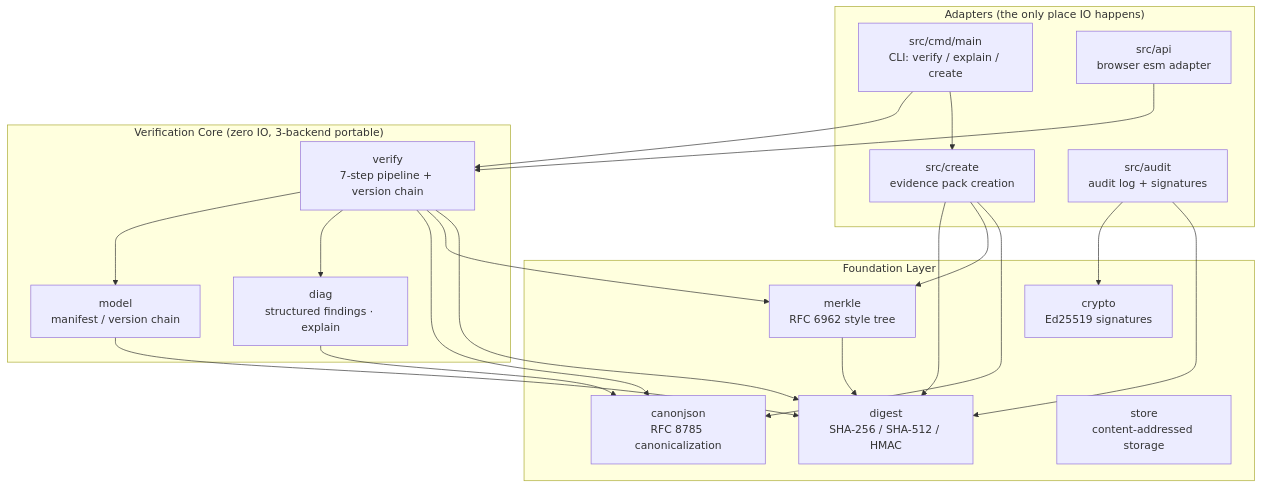
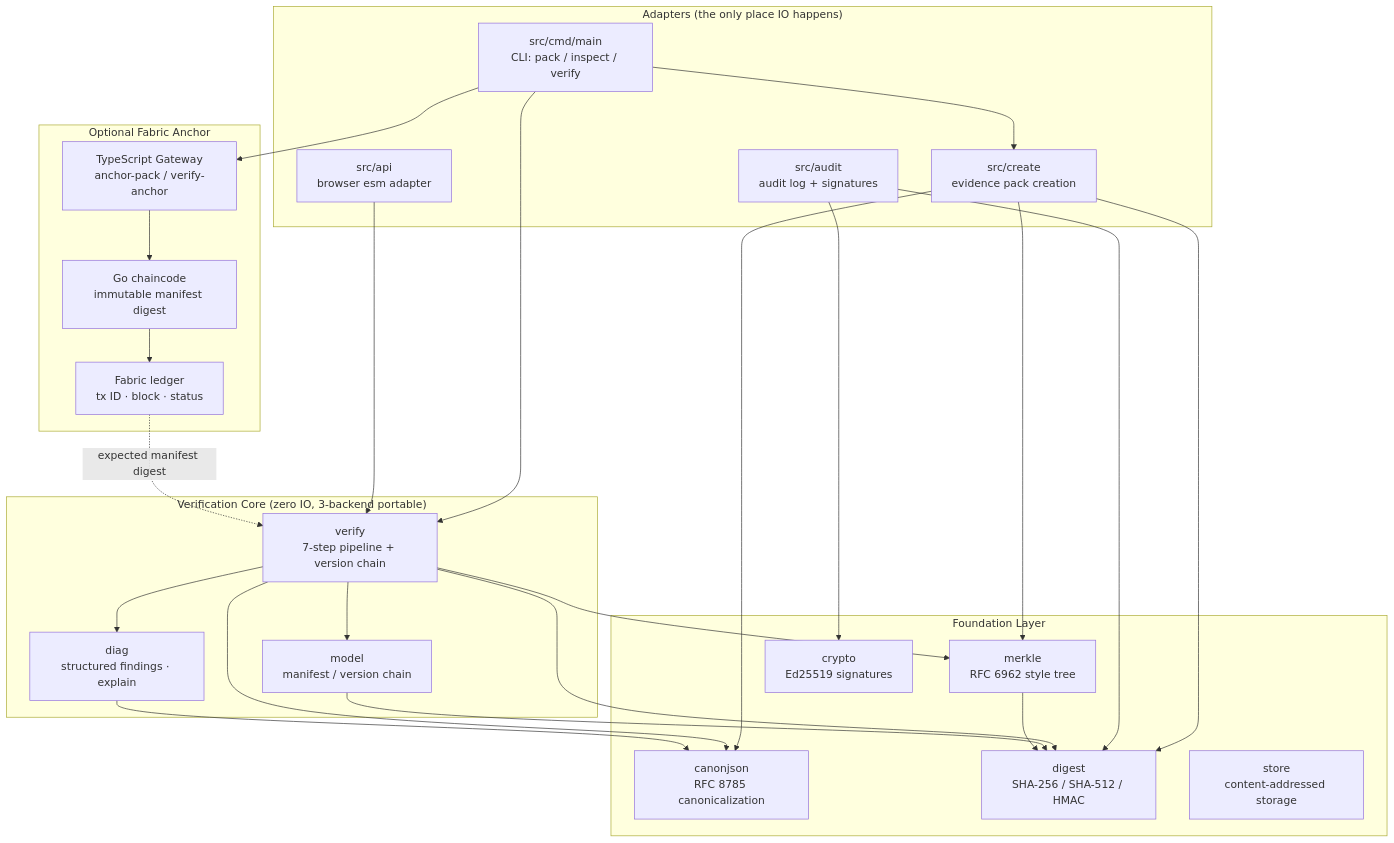
One commit to wenlittle/MoonEvidence changed the diagram in README.md. Above: the diagram before and after it, drawn with Mermaid. The commit also changed other lines of this file and 30 other files, not shown here.

Commit message:
docs(fabric): record two-organization anchor verification

````diff
--- a/README.md
+++ b/README.md
@@ -99,37 +115,46 @@
 ```mermaid
 graph TD
   subgraph adapters["Adapters (the only place IO happens)"]
-    CLI["src/cmd/main<br/>CLI: verify / explain / create"]
+    CLI["src/cmd/main<br/>CLI: pack / inspect / verify"]
     API["src/api<br/>browser esm adapter"]
     CREATE["src/create<br/>evidence pack creation"]
     AUDIT["src/audit<br/>audit log + signatures"]
+  end
+  subgraph ledger["Optional Fabric Anchor"]
+    GATEWAY["TypeScript Gateway<br/>anchor-pack / verify-anchor"]
+    CHAINCODE["Go chaincode<br/>immutable manifest digest"]
+    FABRIC["Fabric ledger<br/>tx ID · block · status"]
   end
   subgraph core["Verification Core (zero IO, 3-backend portable)"]
     VERIFY["verify<br/>7-step pipeline + version chain"]
     MODEL["model<br/>manifest / version chain"]
     DIAG["diag<br/>structured findings · explain"]
   end
   subgraph foundation["Foundation Layer"]
     CANON["canonjson<br/>RFC 8785 canonicalization"]
     DIGEST["digest<br/>SHA-256 / SHA-512 / HMAC"]
     MERKLE["merkle<br/>RFC 6962 style tree"]
     CRYPTO["crypto<br/>Ed25519 signatures"]
     STORE["store<br/>content-addressed storage"]
   end
   CLI --> VERIFY
   CLI --> CREATE
   API --> VERIFY
   CREATE --> DIGEST
   CREATE --> MERKLE
   CREATE --> CANON
   AUDIT --> CRYPTO
   AUDIT --> DIGEST
   VERIFY --> MODEL
   VERIFY --> DIAG
   VERIFY --> CANON
   VERIFY --> MERKLE
   VERIFY --> DIGEST
   MODEL --> DIGEST
   MERKLE --> DIGEST
   DIAG --> CANON
+  CLI --> GATEWAY
+  GATEWAY --> CHAINCODE
+  CHAINCODE --> FABRIC
+  FABRIC -. expected manifest digest .-> VERIFY
 ```
````
